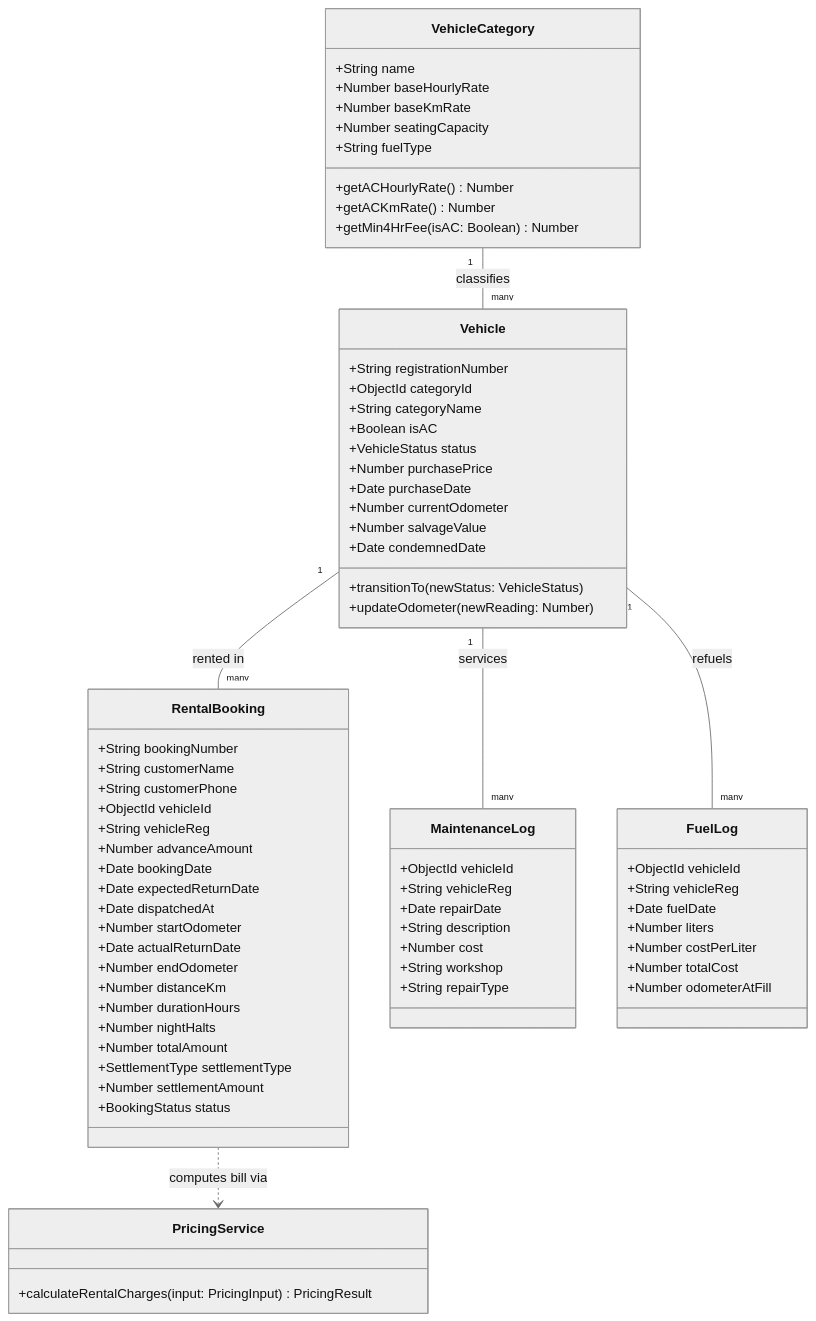
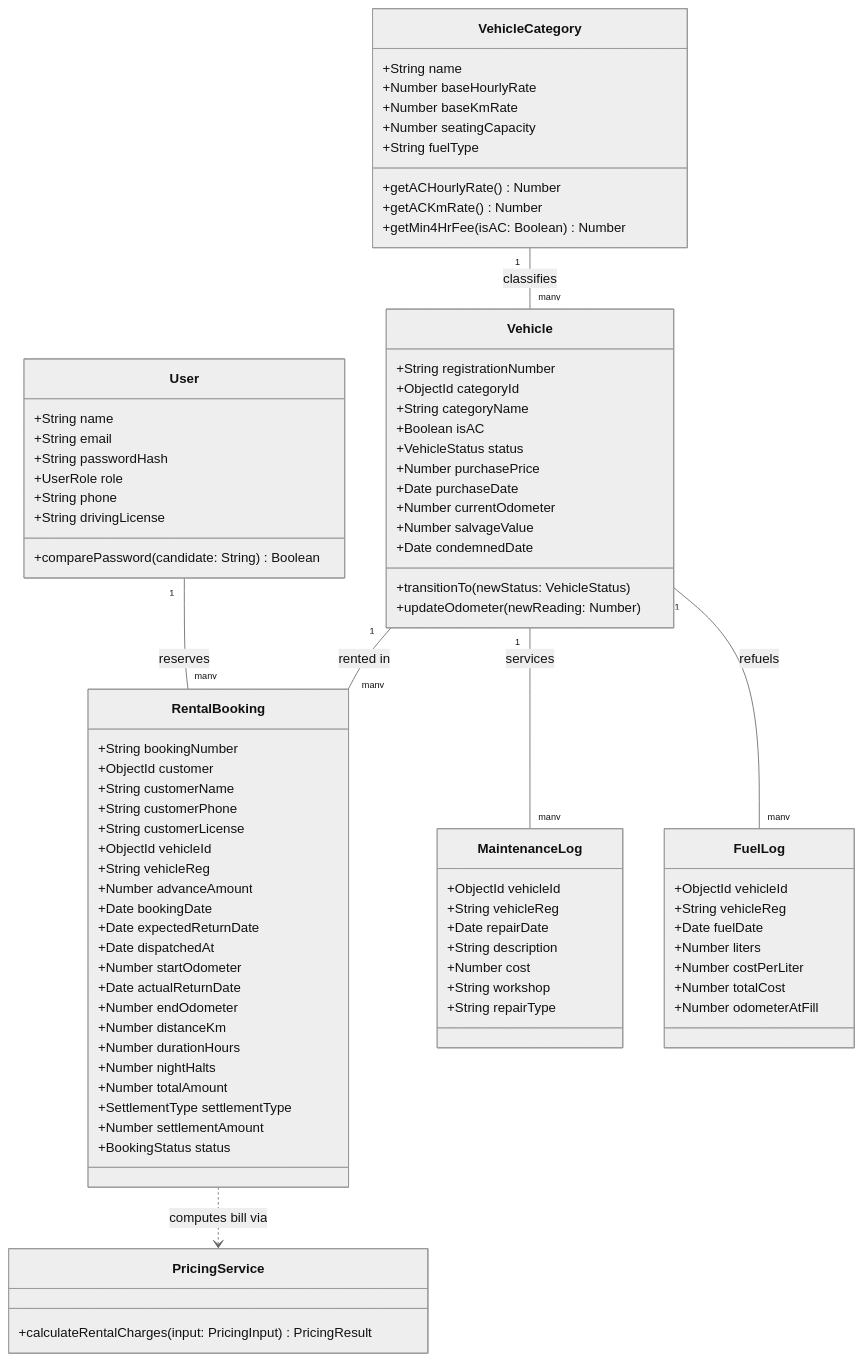
The second of 5 diagrams in fleet_automation_documentation.md (07nil02/SWE), drawn with Mermaid (neutral theme) before and after one commit. The commit also changed other lines of this file, not shown here.

````diff
--- a/fleet_automation_documentation.md
+++ b/fleet_automation_documentation.md
@@ -65,5 +74,15 @@
 ```mermaid
 classDiagram
+    class User {
+        +String name
+        +String email
+        +String passwordHash
+        +UserRole role
+        +String phone
+        +String drivingLicense
+        +comparePassword(candidate: String) Boolean
+    }
+
     class VehicleCategory {
         +String name
         +Number baseHourlyRate
@@ -92,8 +111,10 @@
 
     class RentalBooking {
         +String bookingNumber
+        +ObjectId customer
         +String customerName
         +String customerPhone
+        +String customerLicense
         +ObjectId vehicleId
         +String vehicleReg
         +Number advanceAmount
@@ -136,6 +157,7 @@
         +calculateRentalCharges(input: PricingInput) PricingResult
     }
 
+    User "1" -- "many" RentalBooking : reserves
     VehicleCategory "1" -- "many" Vehicle : classifies
     Vehicle "1" -- "many" RentalBooking : rented in
     Vehicle "1" -- "many" MaintenanceLog : services
````
